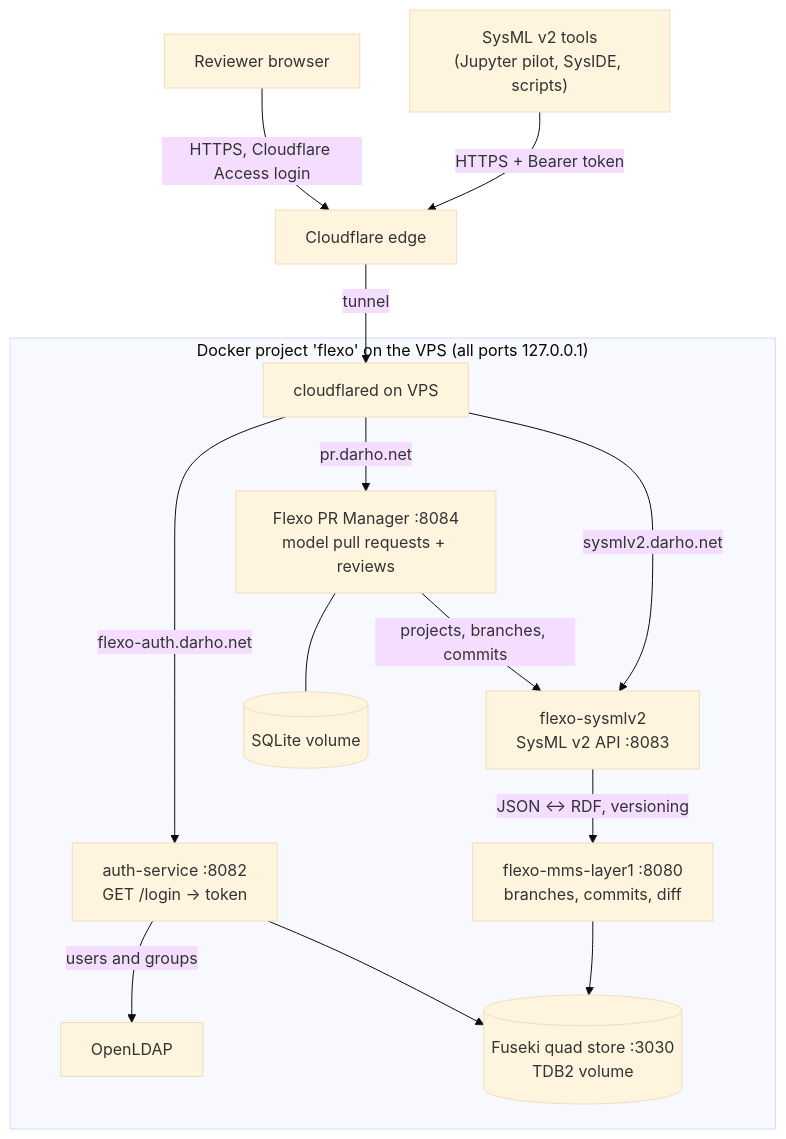
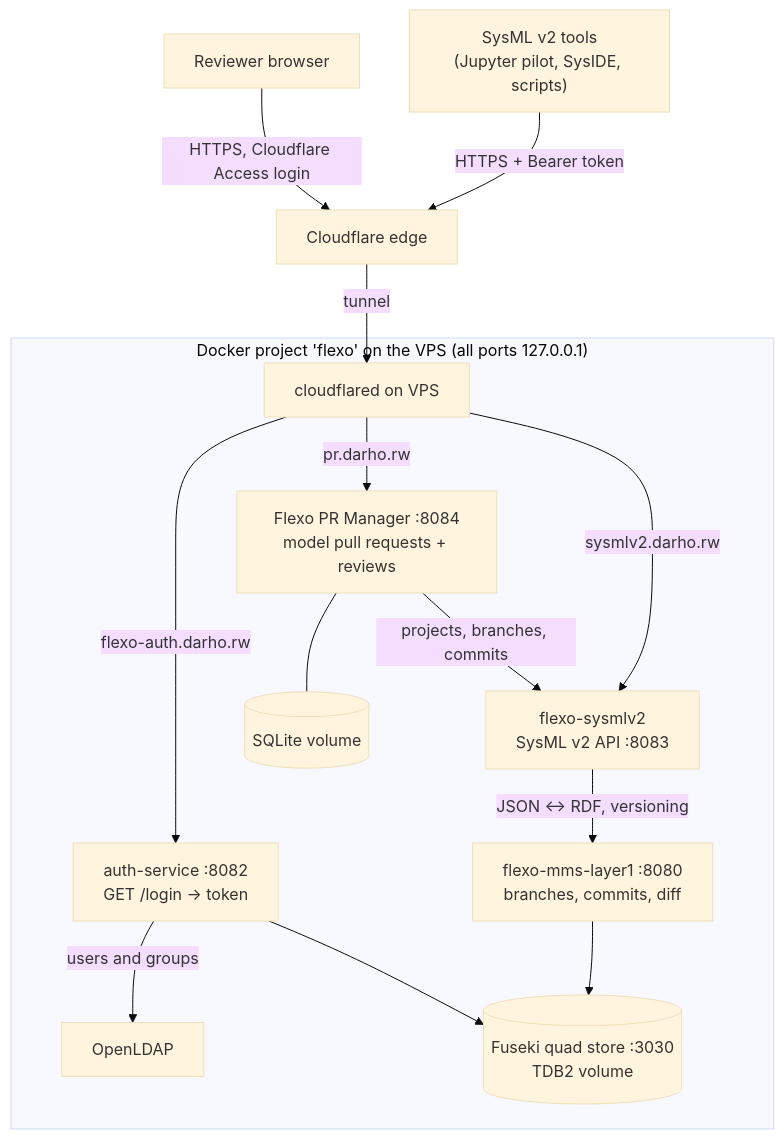
Before and after one commit to aline-001/requirements-pipeline: the seventh of 9 diagrams in SUBMISSION.md, drawn with Mermaid (base theme). The commit also changed other lines of this file, not shown here.

Commit message:
SUBMISSION: Jenkins section, links moved to darho.rw

````diff
--- a/SUBMISSION.md
+++ b/SUBMISSION.md
@@ -854,18 +861,18 @@
 ```mermaid
 flowchart TB
     Tools["SysML v2 tools<br/>(Jupyter pilot, SysIDE, scripts)"] -->|"HTTPS + Bearer token"| CF
     Browser["Reviewer browser"] -->|"HTTPS, Cloudflare Access login"| CF
     CF["Cloudflare edge"] -->|"tunnel"| CFD["cloudflared on VPS"]
 
     subgraph VPS["Docker project 'flexo' on the VPS (all ports 127.0.0.1)"]
-        CFD -->|"sysmlv2.darho.net"| S2["flexo-sysmlv2<br/>SysML v2 API :8083"]
-        CFD -->|"flexo-auth.darho.net"| AU["auth-service :8082<br/>GET /login -> token"]
-        CFD -->|"pr.darho.net"| PR["Flexo PR Manager :8084<br/>model pull requests + reviews"]
+        CFD -->|"sysmlv2.darho.rw"| S2["flexo-sysmlv2<br/>SysML v2 API :8083"]
+        CFD -->|"flexo-auth.darho.rw"| AU["auth-service :8082<br/>GET /login -> token"]
+        CFD -->|"pr.darho.rw"| PR["Flexo PR Manager :8084<br/>model pull requests + reviews"]
         PR -->|"projects, branches, commits"| S2
         S2 -->|"JSON <-> RDF, versioning"| L1["flexo-mms-layer1 :8080<br/>branches, commits, diff"]
         AU -->|"users and groups"| LDAP["OpenLDAP"]
         L1 --> QS[("Fuseki quad store :3030<br/>TDB2 volume")]
         AU --> QS
         PR --- PRDB[("SQLite volume")]
     end
 ```
````
